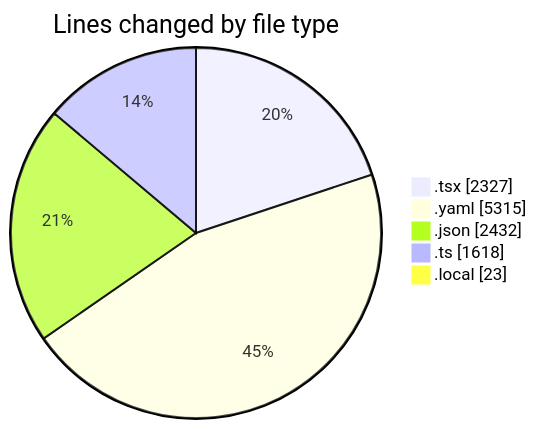
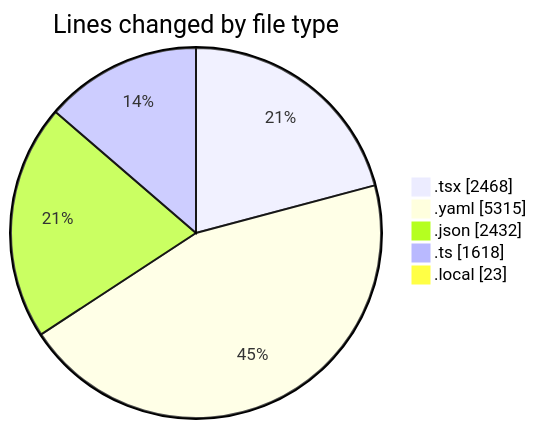
One commit to julien-gomy/code-tracking changed the first of 2 diagrams in 2025-11-07/eventscop-frontend-guide__workspace_/README.md. Above: the diagram before and after it, drawn with Mermaid. The commit also changed other lines of this file and 1 other file, not shown here.

````diff
--- a/2025-11-07/eventscop-frontend-guide__workspace_/README.md
+++ b/2025-11-07/eventscop-frontend-guide__workspace_/README.md
@@ -54,9 +55,9 @@
 ```mermaid
 pie showData
 title Lines changed by file type
-".tsx" : 2327
+".tsx" : 2468
 ".yaml" : 5315
 ".json" : 2432
 ".ts" : 1618
 ".local" : 23
 ```
````
